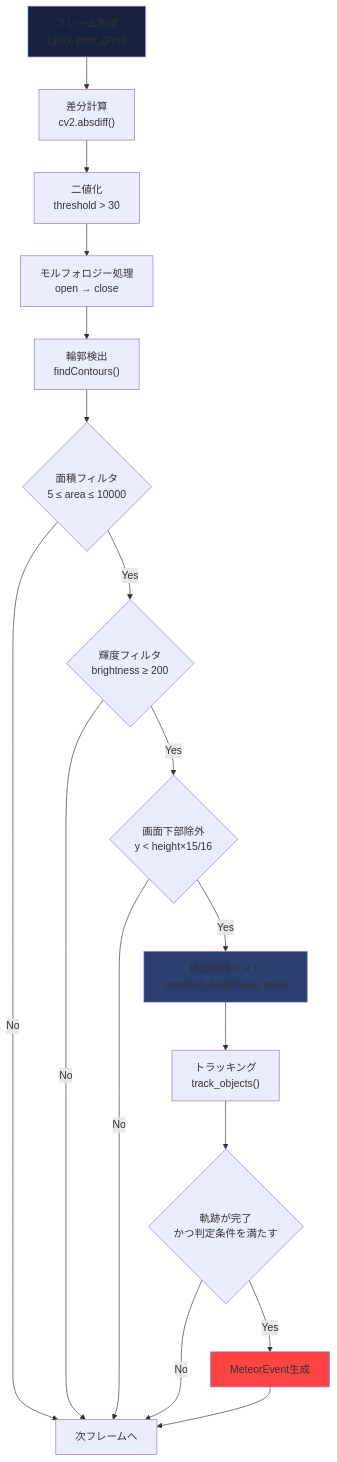
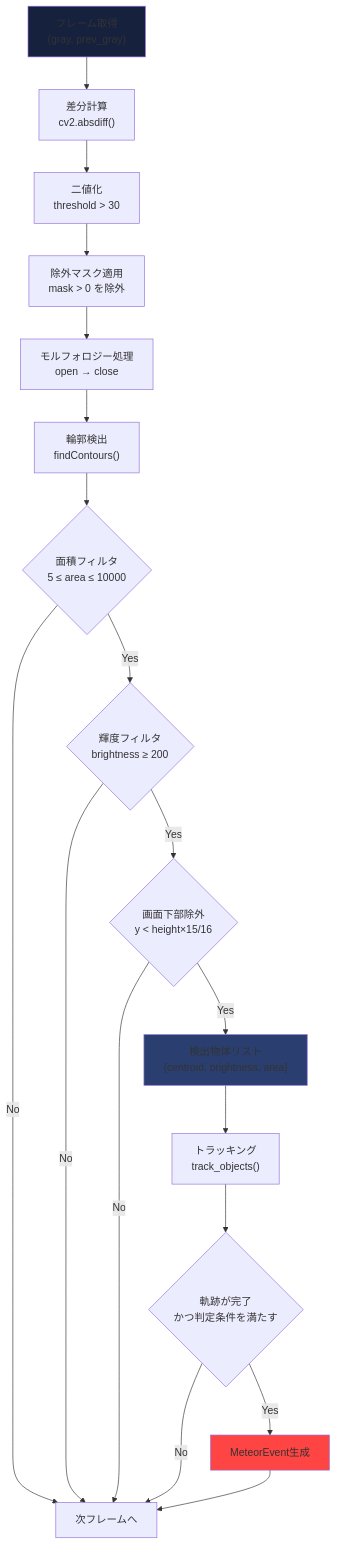
One commit to Masakai/meteo changed the fifth of 12 diagrams in documents/DETECTOR_COMPONENTS.md. Above: the diagram before and after it, drawn with Mermaid. The commit also changed other lines of this file and 8 other files, not shown here.

````diff
--- a/documents/DETECTOR_COMPONENTS.md
+++ b/documents/DETECTOR_COMPONENTS.md
@@ -221,40 +222,42 @@
 ```mermaid
 flowchart TD
     Start["フレーム取得<br/>(gray, prev_gray)"]
     Diff["差分計算<br/>cv2.absdiff()"]
     Thresh["二値化<br/>threshold > 30"]
+    Mask["除外マスク適用<br/>mask > 0 を除外"]
     Morph["モルフォロジー処理<br/>open → close"]
     Contours["輪郭検出<br/>findContours()"]
 
     Filter1{"面積フィルタ<br/>5 ≤ area ≤ 10000"}
     Filter2{"輝度フィルタ<br/>brightness ≥ 200"}
     Filter3{"画面下部除外<br/>y < height×15/16"}
 
     Objects["検出物体リスト<br/>{centroid, brightness, area}"]
     Track["トラッキング<br/>track_objects()"]
 
     Decision{"軌跡が完了<br/>かつ判定条件を満たす"}
     Meteor["MeteorEvent生成"]
     End["次フレームへ"]
 
     Start --> Diff
     Diff --> Thresh
-    Thresh --> Morph
+    Thresh --> Mask
+    Mask --> Morph
     Morph --> Contours
     Contours --> Filter1
     Filter1 -->|"No"| End
     Filter1 -->|"Yes"| Filter2
     Filter2 -->|"No"| End
     Filter2 -->|"Yes"| Filter3
     Filter3 -->|"No"| End
     Filter3 -->|"Yes"| Objects
     Objects --> Track
     Track --> Decision
     Decision -->|"Yes"| Meteor
     Decision -->|"No"| End
     Meteor --> End
 
     style Start fill:#16213e
     style Meteor fill:#ff4444
     style Objects fill:#2a3f6f
 ```
````
